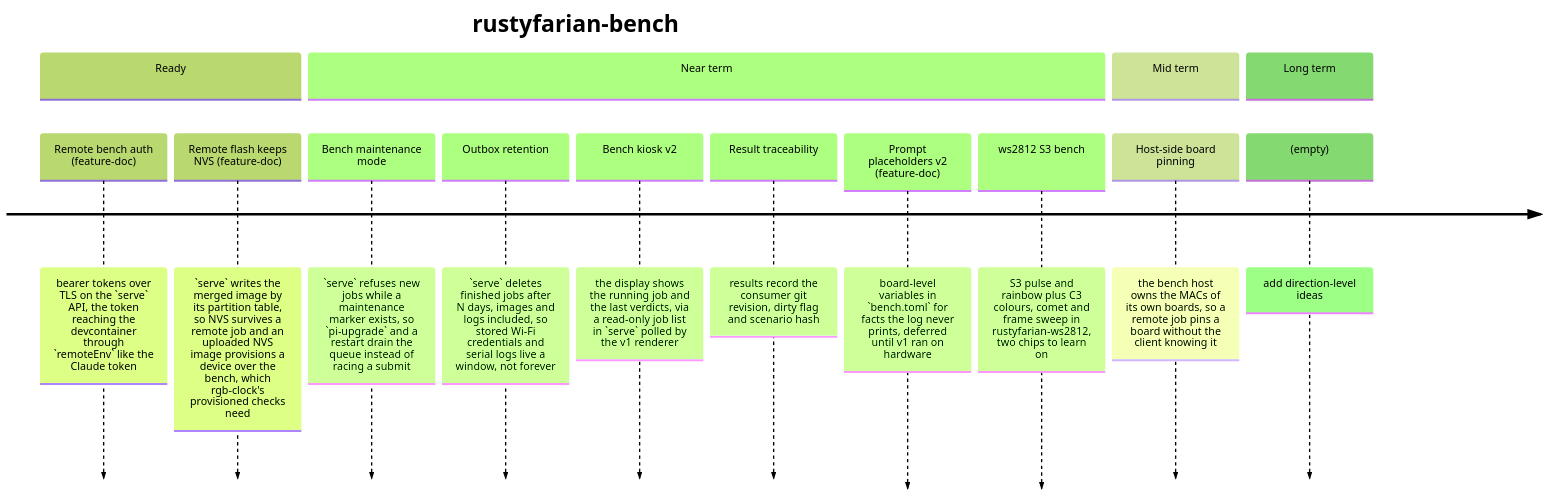
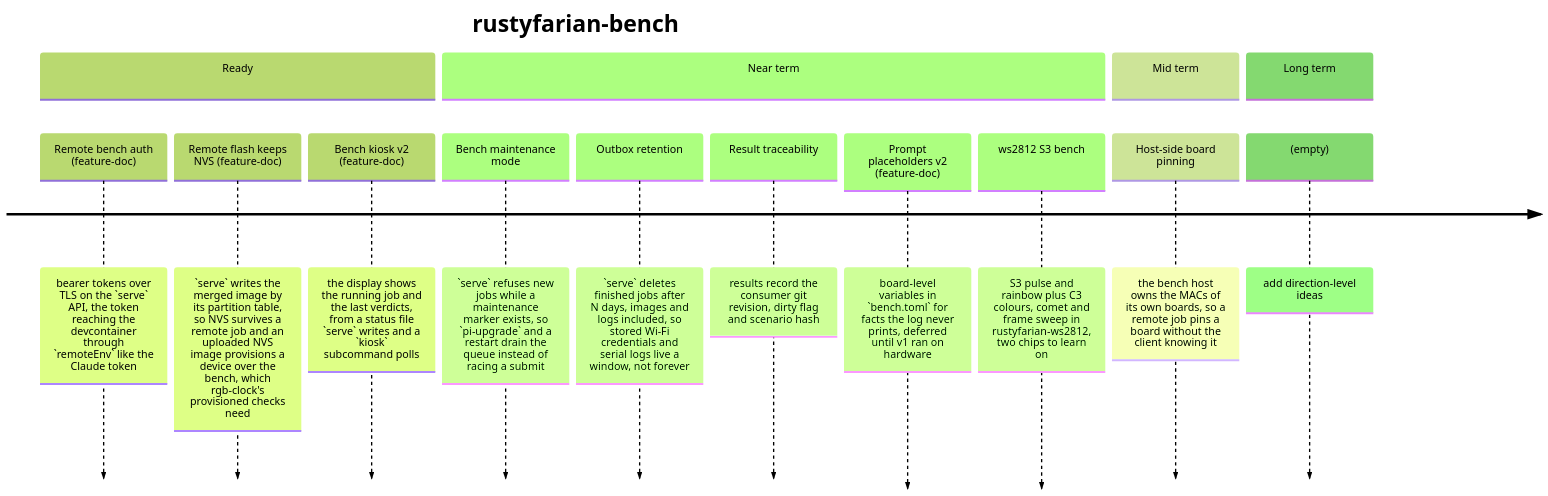
One commit to datenkollektiv/rustyfarian-bench changed the diagram in docs/ROADMAP.md. Above: the diagram before and after it, drawn with Mermaid (forest theme). The commit also changed 7 other files, not shown here.

First line of the commit message:
Plan bench kiosk v2

````diff
--- a/docs/ROADMAP.md
+++ b/docs/ROADMAP.md
@@ -8,18 +8,18 @@
 ```mermaid
 timeline
     title rustyfarian-bench
     section Ready
         Remote bench auth (feature-doc) : bearer tokens over TLS on the `serve` API, the token reaching the devcontainer through `remoteEnv` like the Claude token
         Remote flash keeps NVS (feature-doc) : `serve` writes the merged image by its partition table, so NVS survives a remote job and an uploaded NVS image provisions a device over the bench, which rgb-clock's provisioned checks need
+        Bench kiosk v2 (feature-doc) : the display shows the running job and the last verdicts, from a status file `serve` writes and a `kiosk` subcommand polls
     section Near term
         Bench maintenance mode : `serve` refuses new jobs while a maintenance marker exists, so `pi-upgrade` and a restart drain the queue instead of racing a submit
         Outbox retention : `serve` deletes finished jobs after N days, images and logs included, so stored Wi-Fi credentials and serial logs live a window, not forever
-        Bench kiosk v2 : the display shows the running job and the last verdicts, via a read-only job list in `serve` polled by the v1 renderer
         Result traceability : results record the consumer git revision, dirty flag and scenario hash
         Prompt placeholders v2 (feature-doc) : board-level variables in `bench.toml` for facts the log never prints, deferred until v1 ran on hardware
         ws2812 S3 bench : S3 pulse and rainbow plus C3 colours, comet and frame sweep in rustyfarian-ws2812, two chips to learn on
     section Mid term
         Host-side board pinning : the bench host owns the MACs of its own boards, so a remote job pins a board without the client knowing it
     section Long term
         (empty) : add direction-level ideas
 ```
````
